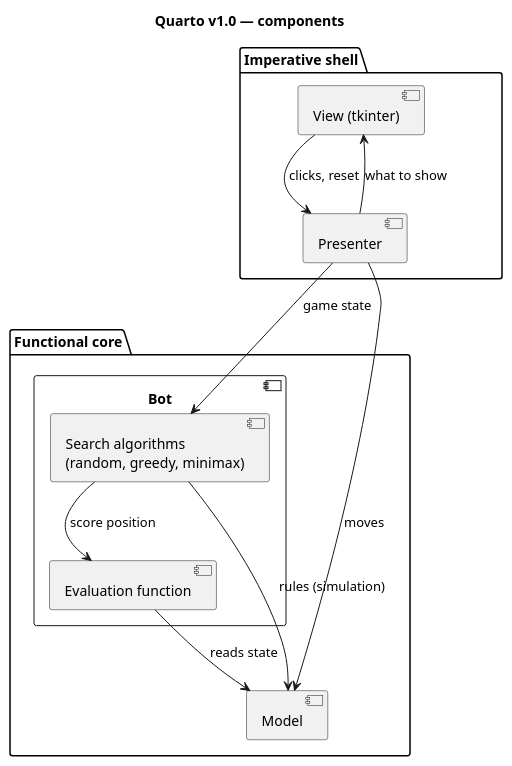
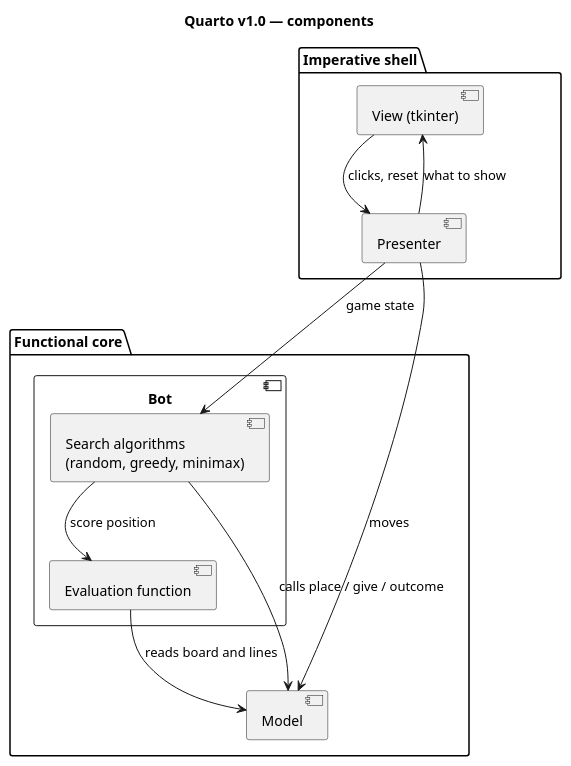
One commit to Vlad-Re/quarto changed the diagram in docs/architecture/components.puml. Above: the diagram before and after it, drawn with PlantUML. The commit also changed 6 other files, not shown here.

```diff
--- a/docs/architecture/components.puml
+++ b/docs/architecture/components.puml
@@ -2,24 +2,24 @@
 @startuml components
 title Quarto v1.0 — components
 
 package "Imperative shell" {
   component "View (tkinter)" as View
   component "Presenter" as Presenter
 }
 
 package "Functional core" {
   component "Bot" as Bot {
     component "Search algorithms\n(random, greedy, minimax)" as Search
     component "Evaluation function" as Eval
   }
   component "Model" as Model
 }
 
 View --> Presenter : clicks, reset
 Presenter --> View : what to show
 Presenter --> Search : game state
 Presenter --> Model : moves
 Search --> Eval : score position
-Search --> Model : rules (simulation)
-Eval --> Model : reads state
+Search --> Model : calls place / give / outcome
+Eval --> Model : reads board and lines
 @enduml
```
